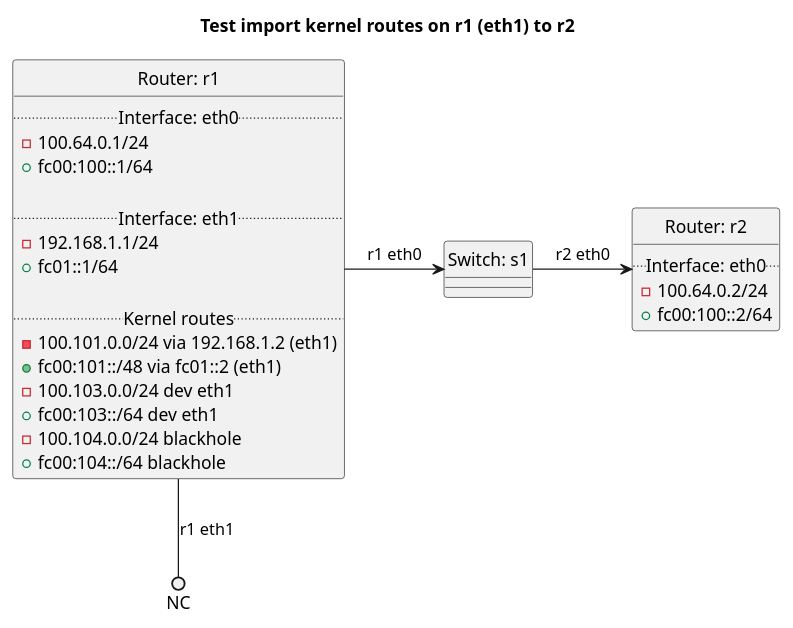
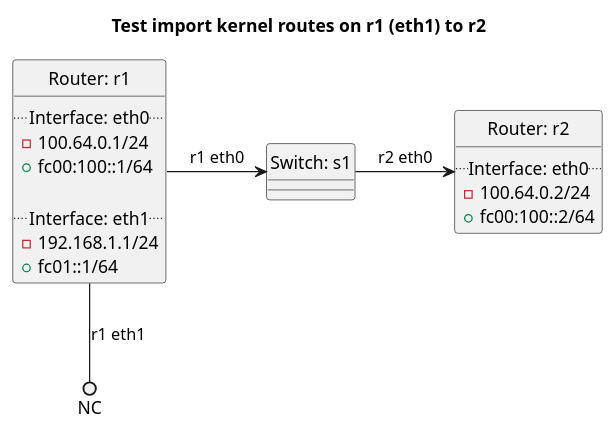
The diagram in tests/t40_bgp/t22_import_kernel/README.md (oscdev-io/birdplan), drawn with PlantUML before and after one commit. The commit also changed other lines of this file and 88 other files, not shown here.

````diff
--- a/tests/t40_bgp/t22_import_kernel/README.md
+++ b/tests/t40_bgp/t22_import_kernel/README.md
@@ -25,41 +30,33 @@
 ```plantuml
 @startuml
 hide circle
 title Test import kernel routes on r1 (eth1) to r2
 
 
 class "Router: r1" {
   .. Interface: eth0 ..
 - 100.64.0.1/24
 + fc00:100::1/64
 
   .. Interface: eth1 ..
 - 192.168.1.1/24
 + fc01::1/64
-
-  .. Kernel routes ..
-- 100.101.0.0/24 via 192.168.1.2 (eth1)
-+ fc00:101::/48 via fc01::2 (eth1)
-- 100.103.0.0/24 dev eth1
-+ fc00:103::/64 dev eth1
-- 100.104.0.0/24 blackhole
-+ fc00:104::/64 blackhole
 }
 
 
 class "Router: r2" {
   .. Interface: eth0 ..
 - 100.64.0.2/24
 + fc00:100::2/64
 }
 
 
 class "Switch: s1" {}
 
 
 "Router: r1" -> "Switch: s1": r1 eth0
 "Switch: s1" -> "Router: r2": r2 eth0
 "Router: r1" --() NC: r1 eth1
 
 @enduml
 ```
````
